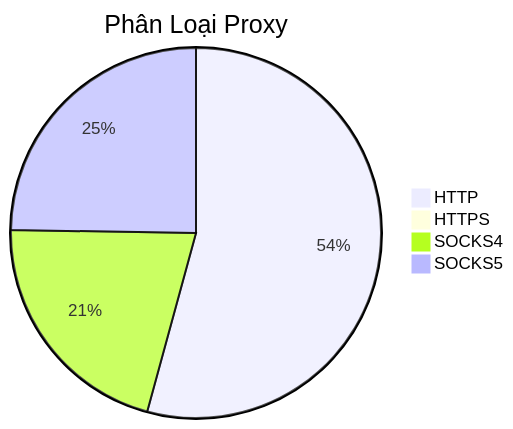
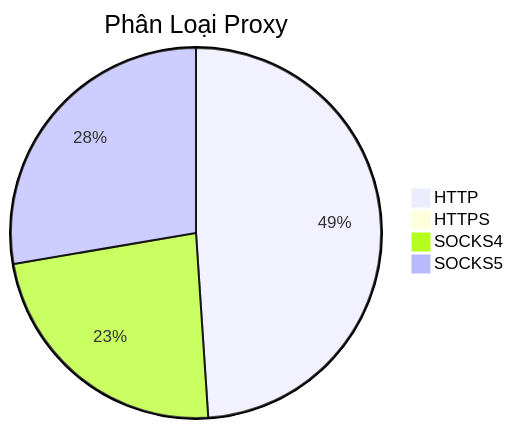
One commit to Ciara-12/PROXY-free changed the diagram in README.md. Above: the diagram before and after it, drawn with Mermaid. The commit also changed other lines of this file and 3 other files, not shown here.

````diff
--- a/README.md
+++ b/README.md
@@ -26,7 +26,7 @@
 ```mermaid
 pie title Phân Loại Proxy
-    "HTTP" : 741
+    "HTTP" : 603
     "HTTPS" : 0
-    "SOCKS4" : 287
-    "SOCKS5" : 338
+    "SOCKS4" : 288
+    "SOCKS5" : 341
 ```
````
